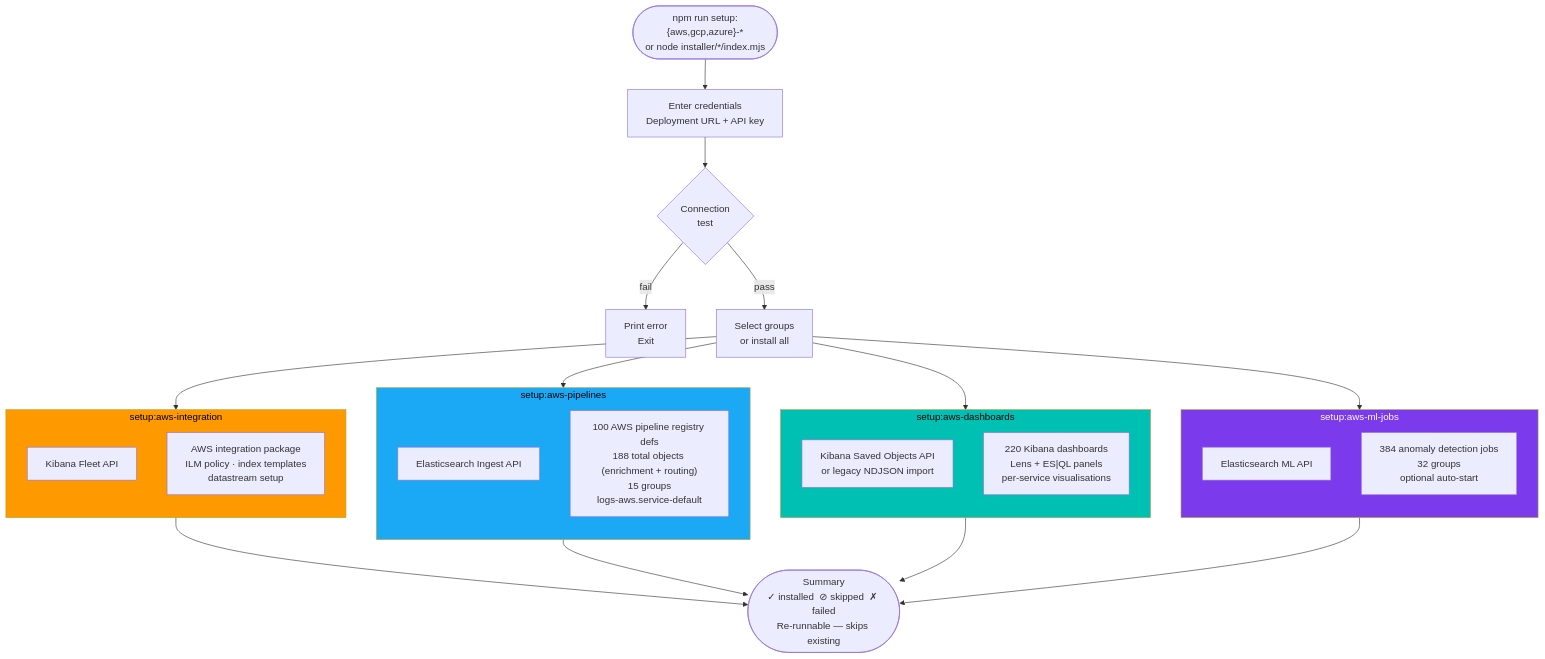
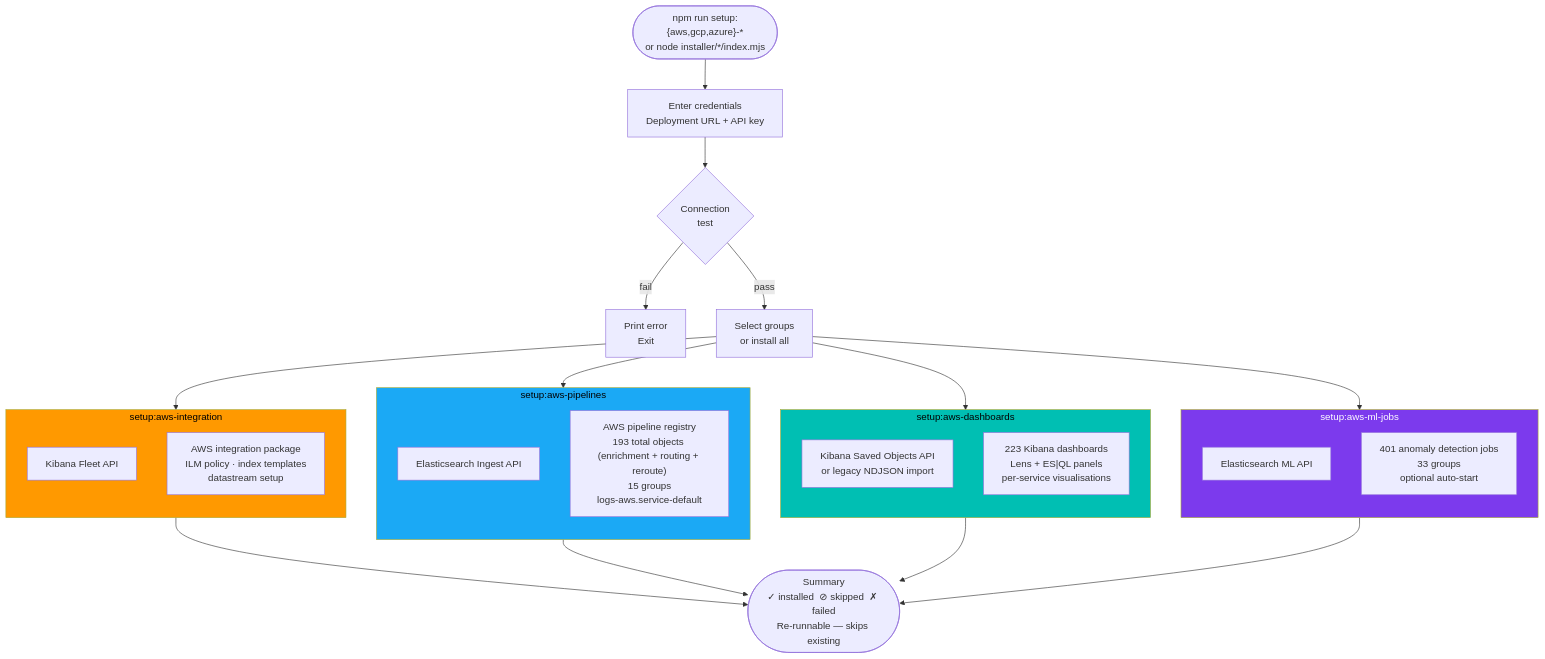
The fourth of 14 diagrams in docs/diagrams.md (rkernutt/cloud-to-elastic-load-generator), drawn with Mermaid before and after one commit. The commit also changed other lines of this file and 1475 other files, not shown here.

First line of the commit message:
refactor: end-to-end realism overhaul — generators, pipelines, dashboards, ML jobs, and UI cleanup

````diff
--- a/docs/diagrams.md
+++ b/docs/diagrams.md
@@ -291,47 +286,47 @@
 ```mermaid
 flowchart TD
     START(["npm run setup:{aws,gcp,azure}-*\nor node installer/*/index.mjs"]) --> AUTH
 
     AUTH["Enter credentials\nDeployment URL + API key"]
     AUTH --> TEST{"Connection\ntest"}
     TEST -->|"fail"| ERR1["Print error\nExit"]
     TEST -->|"pass"| MENU["Select groups\nor install all"]
 
     MENU --> I1 & I2 & I3 & I4
 
     subgraph I1["setup:aws-integration"]
         direction TB
         A1["Kibana Fleet API"]
         A2["AWS integration package\nILM policy · index templates\ndatastream setup"]
     end
 
     subgraph I2["setup:aws-pipelines"]
         direction TB
         B1["Elasticsearch Ingest API"]
-        B2["100 AWS pipeline registry defs\n188 total objects (enrichment + routing)\n15 groups\nlogs-aws.service-default"]
+        B2["AWS pipeline registry\n193 total objects (enrichment + routing + reroute)\n15 groups\nlogs-aws.service-default"]
     end
 
     subgraph I3["setup:aws-dashboards"]
         direction TB
         C1["Kibana Saved Objects API\nor legacy NDJSON import"]
-        C2["220 Kibana dashboards\nLens + ES|QL panels\nper-service visualisations"]
+        C2["223 Kibana dashboards\nLens + ES|QL panels\nper-service visualisations"]
     end
 
     subgraph I4["setup:aws-ml-jobs"]
         direction TB
         D1["Elasticsearch ML API"]
-        D2["384 anomaly detection jobs\n32 groups\noptional auto-start"]
+        D2["401 anomaly detection jobs\n33 groups\noptional auto-start"]
     end
 
     I1 --> DONE
     I2 --> DONE
     I3 --> DONE
     I4 --> DONE
 
     DONE(["Summary\n✓ installed  ⊘ skipped  ✗ failed\nRe-runnable — skips existing"])
 
     style I1 fill:#FF9900,color:#000
     style I2 fill:#1BA9F5,color:#000
     style I3 fill:#00BFB3,color:#000
     style I4 fill:#7C3AED,color:#fff
 ```
````
